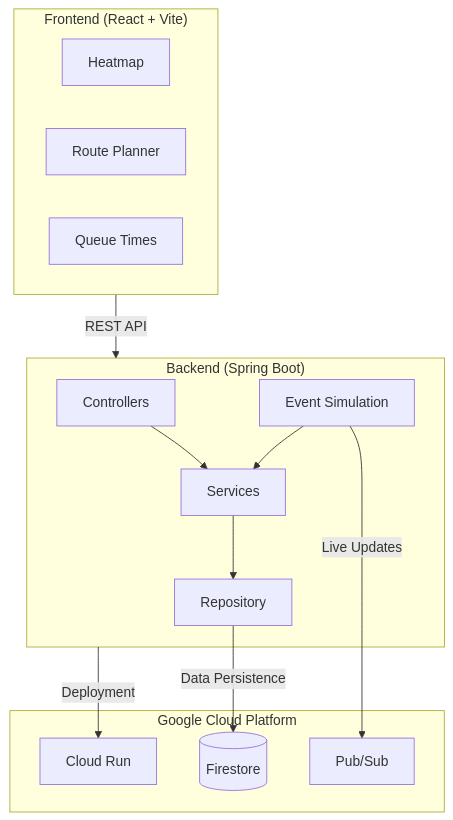
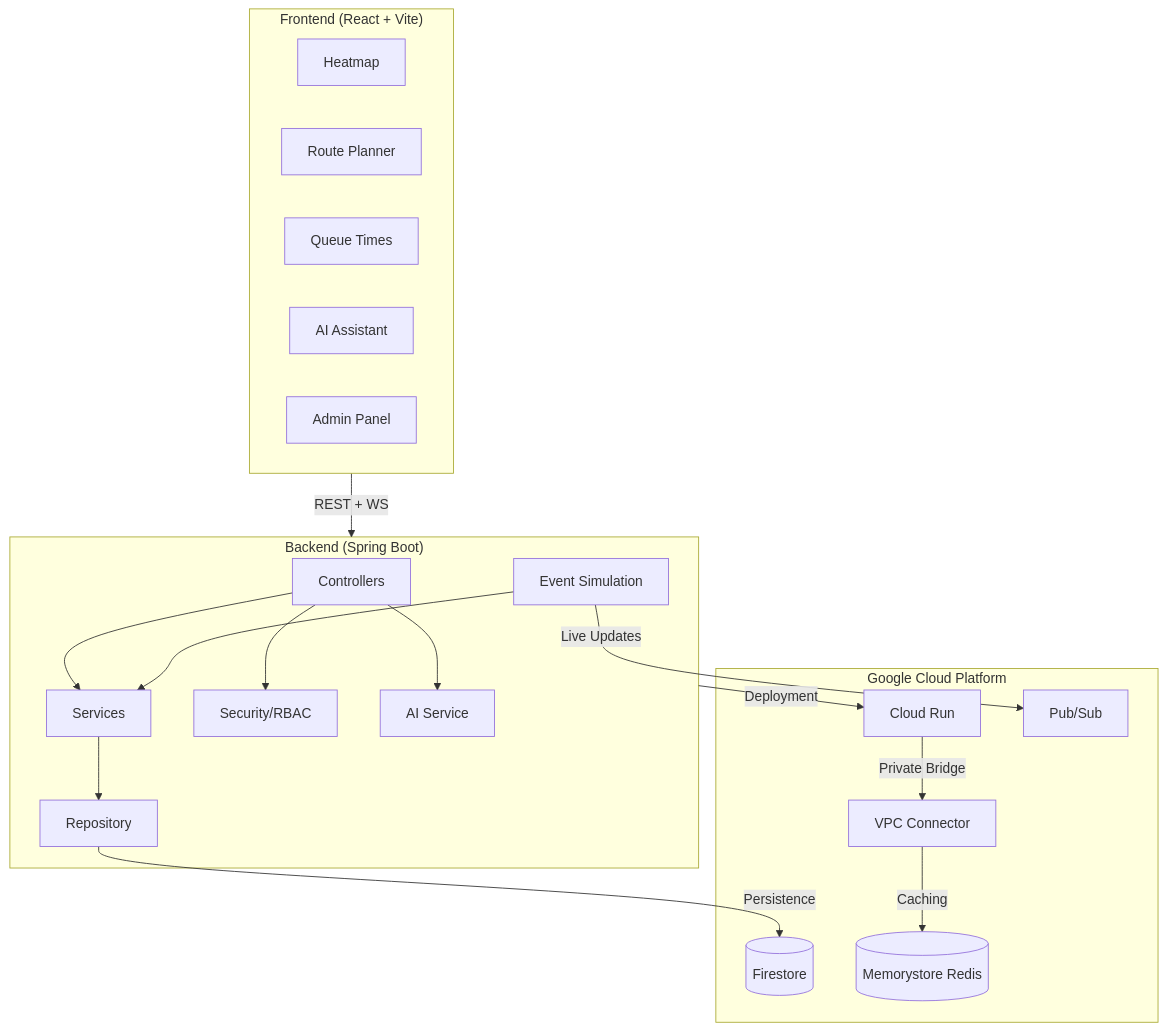
Before and after one commit to Sarcastic-Soul/smart-stadium-system: the diagram in README.md, drawn with Mermaid. The commit also changed other lines of this file and 33 other files, not shown here.

Commit message:
feat: implement AI assistant, WebSocket support, and Redis caching with infrastructure updates

````diff
--- a/README.md
+++ b/README.md
@@ -28,30 +30,40 @@
 ```mermaid
 flowchart TD
     subgraph Frontend ["Frontend (React + Vite)"]
         H[Heatmap]
         RP[Route Planner]
         QT[Queue Times]
+        AI[AI Assistant]
+        ADM[Admin Panel]
     end
 
     subgraph Backend ["Backend (Spring Boot)"]
         C[Controllers]
         S[Services]
         ES[Event Simulation]
         R[Repository]
+        SEC[Security/RBAC]
+        AI_S[AI Service]
         
         C --> S
         S --> R
         ES --> S
+        C --> SEC
+        C --> AI_S
     end
 
     subgraph Cloud ["Google Cloud Platform"]
         CR[Cloud Run]
         FS[(Firestore)]
         PS[Pub/Sub]
+        MS[(Memorystore Redis)]
+        VPC[VPC Connector]
     end
 
-    Frontend -- "REST API" --> Backend
+    Frontend -- "REST + WS" --> Backend
     Backend -- "Deployment" --> CR
-    R -- "Data Persistence" --> FS
+    R -- "Persistence" --> FS
     ES -- "Live Updates" --> PS
+    CR -- "Private Bridge" --> VPC
+    VPC -- "Caching" --> MS
 ```
````
